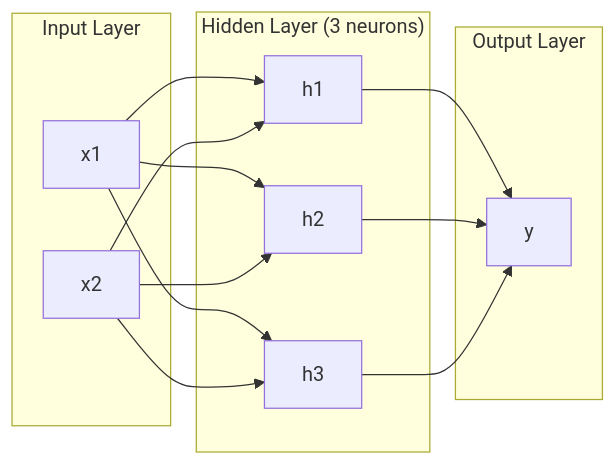
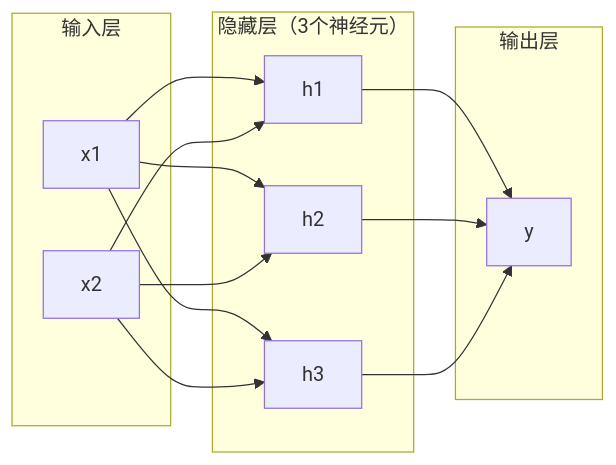
Before and after one commit to cq0206/ai-engineering-from-scratch: the first of 3 diagrams in phases/03-deep-learning-core/02-multi-layer-networks.md, drawn with Mermaid. The commit also changed other lines of this file and 67 other files, not shown here.

````diff
--- a/phases/03-deep-learning-core/02-multi-layer-networks.md
+++ b/phases/03-deep-learning-core/02-multi-layer-networks.md
@@ -39,24 +39,24 @@
 ```mermaid
 graph LR
-    subgraph Input["Input Layer"]
+    subgraph Input["输入层"]
         x1["x1"]
         x2["x2"]
     end
-    subgraph Hidden["Hidden Layer (3 neurons)"]
+    subgraph Hidden["隐藏层（3个神经元）"]
         h1["h1"]
         h2["h2"]
         h3["h3"]
     end
-    subgraph Output["Output Layer"]
+    subgraph Output["输出层"]
         y["y"]
     end
     x1 --> h1
     x1 --> h2
     x1 --> h3
     x2 --> h1
     x2 --> h2
     x2 --> h3
     h1 --> y
     h2 --> y
     h3 --> y
 ```
````
